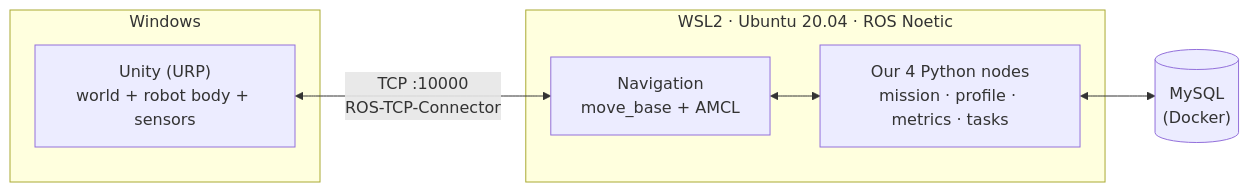
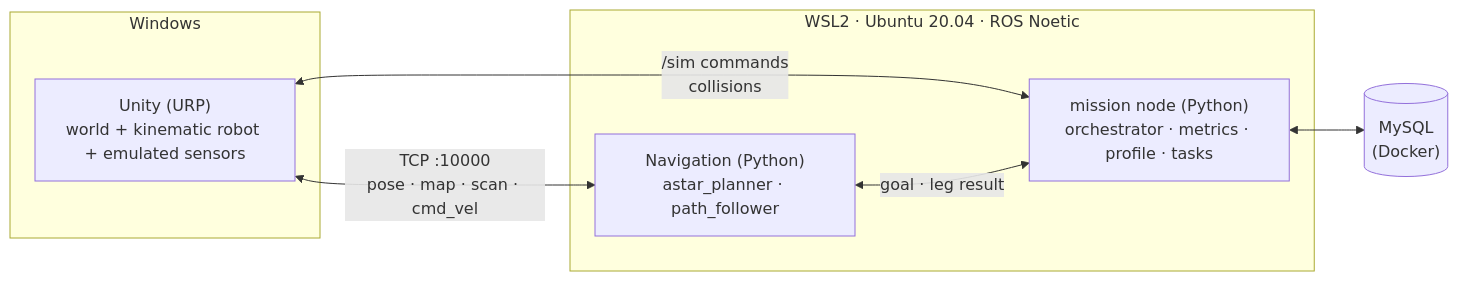
One commit to HoNguyen17/Mobile_Robo_SuppliesChain changed the diagram in docs/README.md. Above: the diagram before and after it, drawn with Mermaid. The commit also changed other lines of this file and 15 other files, not shown here.

````diff
--- a/docs/README.md
+++ b/docs/README.md
@@ -41,15 +45,16 @@
 ```mermaid
 flowchart LR
     subgraph WIN["Windows"]
-        UNITY["Unity (URP)<br/>world + robot body + sensors"]
+        UNITY["Unity (URP)<br/>world + kinematic robot + emulated sensors"]
     end
     subgraph WSL["WSL2 · Ubuntu 20.04 · ROS Noetic"]
-        NAV["Navigation<br/>move_base + AMCL"]
-        APP["Our 4 Python nodes<br/>mission · profile · metrics · tasks"]
+        NAV["Navigation (Python)<br/>astar_planner · path_follower"]
+        APP["mission node (Python)<br/>orchestrator · metrics · profile · tasks"]
     end
     DB[("MySQL<br/>(Docker)")]
 
-    UNITY <-->|"TCP :10000<br/>ROS-TCP-Connector"| NAV
-    NAV <--> APP
+    UNITY <-->|"TCP :10000<br/>pose · map · scan · cmd_vel"| NAV
+    UNITY <-->|"/sim commands<br/>collisions"| APP
+    NAV <-->|"goal · leg result"| APP
     APP <--> DB
 ```
````
